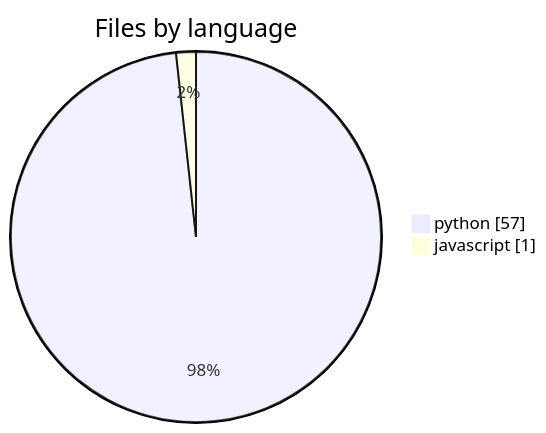
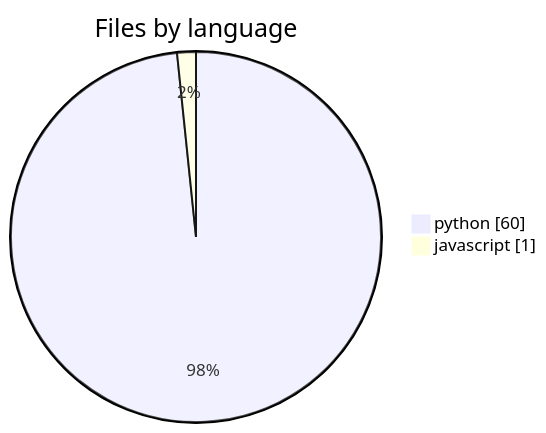
One commit to wolframs/jspace-probes changed the fourth of 6 diagrams in .mentis/context/architecture.md. Above: the diagram before and after it, drawn with Mermaid. The commit also changed other lines of this file and 556 other files, not shown here.

````diff
--- a/.mentis/context/architecture.md
+++ b/.mentis/context/architecture.md
@@ -38,5 +38,5 @@
 ```mermaid
 pie showData title Files by language
-    "python" : 57
+    "python" : 60
     "javascript" : 1
 ```
````
